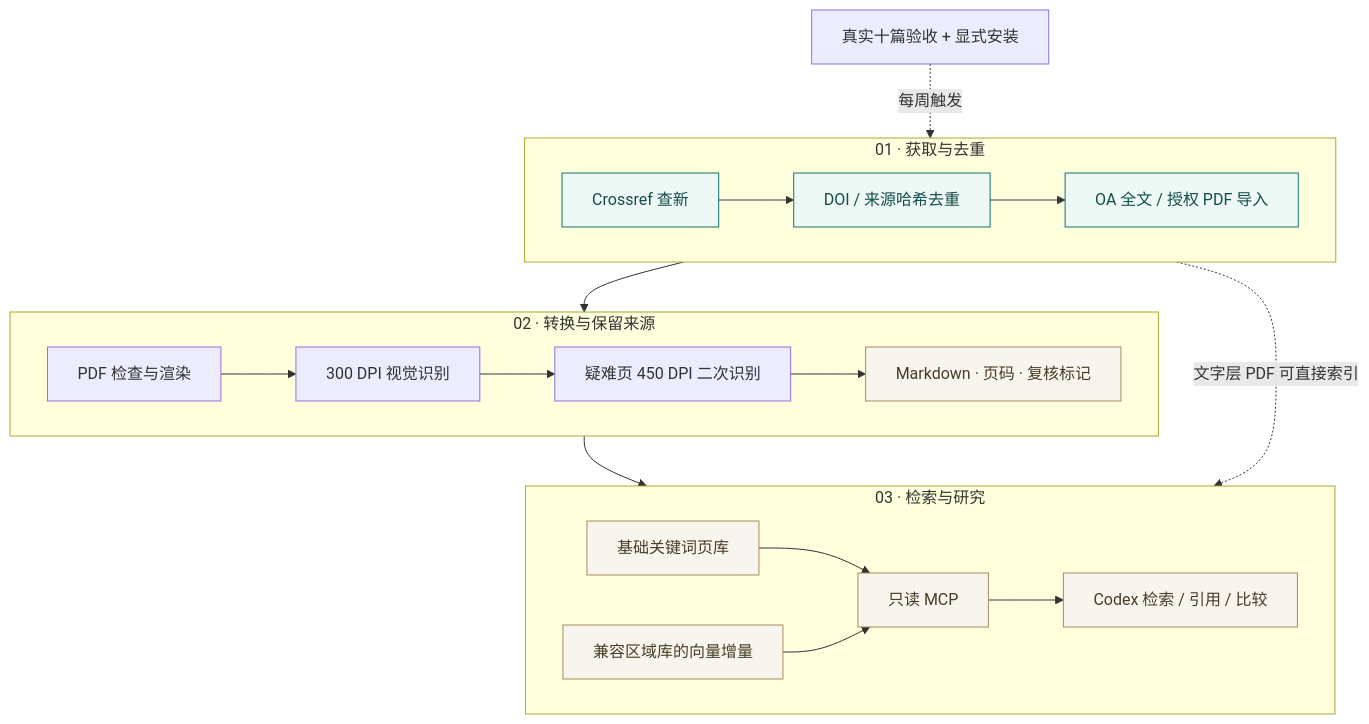
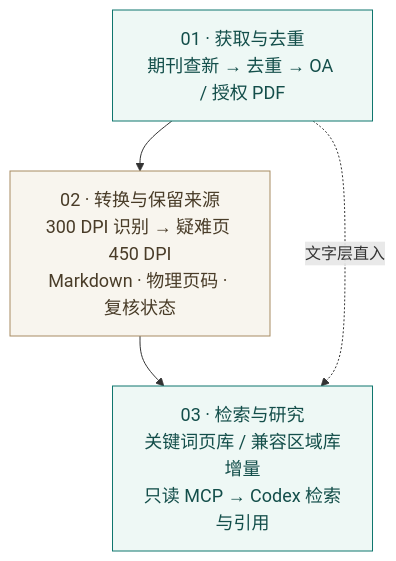
One commit to jiang4wqy/journalflow changed the diagram in README.md. Above: the diagram before and after it, drawn with Mermaid. The commit also changed 2 other files, not shown here.

Commit message:
docs: simplify workflow diagrams for narrow screens

````diff
--- a/README.md
+++ b/README.md
@@ -42,26 +42,12 @@
 ```mermaid
 flowchart TB
-  subgraph intake["01 · 获取与去重"]
-    direction LR
-    A[Crossref 查新] --> B[DOI / 来源哈希去重] --> C[OA 全文 / 授权 PDF 导入]
-  end
-  subgraph processing["02 · 转换与保留来源"]
-    direction LR
-    D[PDF 检查与渲染] --> E[300 DPI 视觉识别] --> F[疑难页 450 DPI 二次识别]
-    F --> G[Markdown · 页码 · 复核标记]
-  end
-  subgraph retrieval["03 · 检索与研究"]
-    direction LR
-    H[基础关键词页库] --> J[只读 MCP]
-    I[兼容区域库的向量增量] --> J
-    J --> K[Codex 检索 / 引用 / 比较]
-  end
-  intake --> processing
-  processing --> retrieval
-  C -. 文字层 PDF 可直接索引 .-> H
-  L[真实十篇验收 + 显式安装] -. 每周触发 .-> A
-  classDef source fill:#eef8f5,stroke:#0f766e,color:#134e4a
-  classDef evidence fill:#f8f5ee,stroke:#a78b62,color:#493c28
-  class A,B,C source
-  class G,H,I,J,K evidence
+  A["01 · 获取与去重<br/>期刊查新 → 去重 → OA / 授权 PDF"]
+  B["02 · 转换与保留来源<br/>300 DPI 识别 → 疑难页 450 DPI<br/>Markdown · 物理页码 · 复核状态"]
+  C["03 · 检索与研究<br/>关键词页库 / 兼容区域库增量<br/>只读 MCP → Codex 检索与引用"]
+  A --> B --> C
+  A -. 文字层直入 .-> C
+  classDef source fill:#eef8f5,stroke:#0f766e,color:#134e4a,font-size:18px
+  classDef evidence fill:#f8f5ee,stroke:#a78b62,color:#493c28,font-size:18px
+  class A,C source
+  class B evidence
 ```
````
